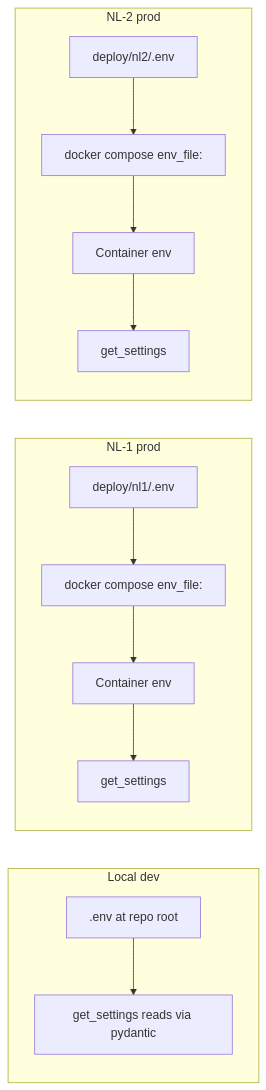
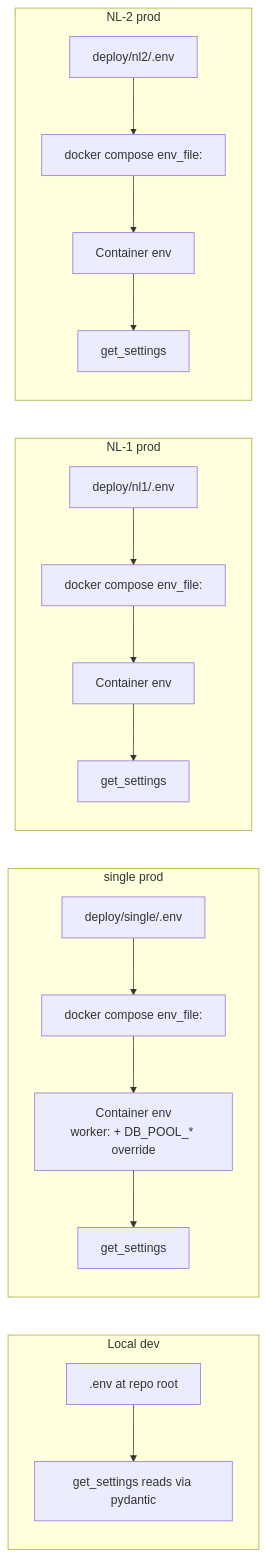
Before and after one commit to ariestop/DWTGBot: the diagram in docs/13-config-and-env.md, drawn with Mermaid. The commit also changed other lines of this file and 54 other files, not shown here.

First line of the commit message:
feat(deploy): add single-server topology (ADR-0011)

````diff
--- a/docs/13-config-and-env.md
+++ b/docs/13-config-and-env.md
@@ -318,16 +318,21 @@
 ```mermaid
 flowchart LR
     subgraph Dev[Local dev]
         d1[.env at repo root] --> d2[get_settings reads via pydantic]
+    end
+    subgraph Prod_Single[single prod]
+        s1[deploy/single/.env] --> s2[docker compose env_file:]
+        s2 --> s3[Container env<br/>worker: + DB_POOL_* override]
+        s3 --> s4[get_settings]
     end
     subgraph Prod_NL1[NL-1 prod]
         p1[deploy/nl1/.env] --> p2[docker compose env_file:]
         p2 --> p3[Container env]
         p3 --> p4[get_settings]
     end
     subgraph Prod_NL2[NL-2 prod]
         q1[deploy/nl2/.env] --> q2[docker compose env_file:]
         q2 --> q3[Container env]
         q3 --> q4[get_settings]
     end
 ```
````
